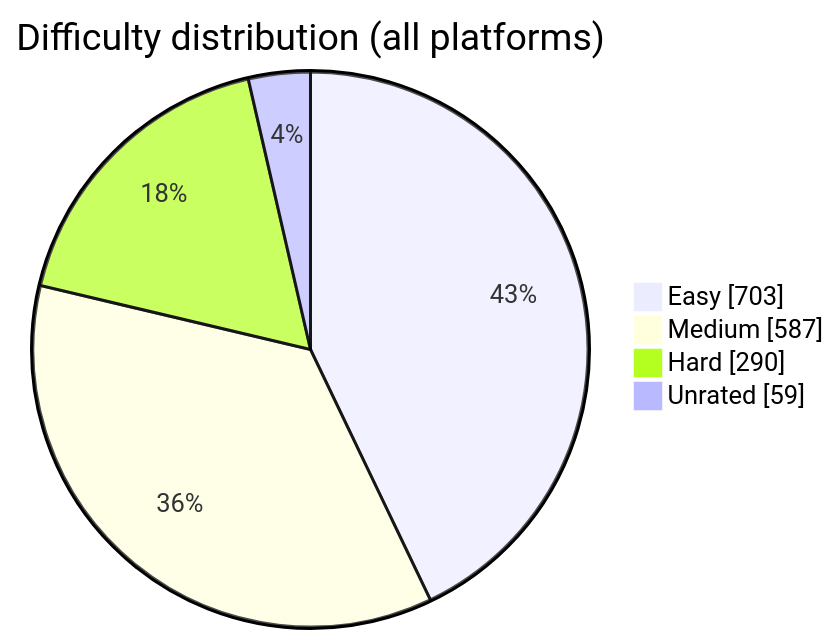
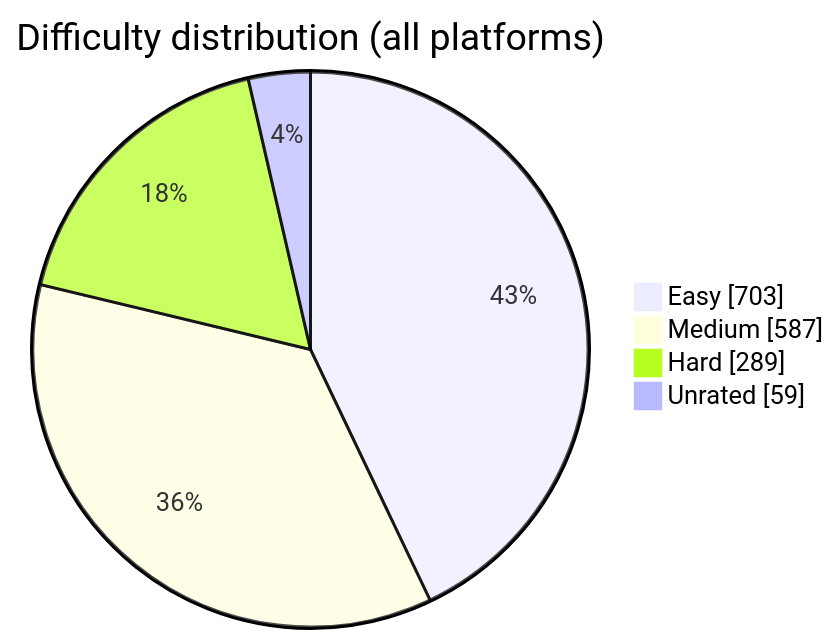
The diagram in README.md (BuildbyArindam/Daily-Coding-Log), drawn with Mermaid before and after one commit. The commit also changed other lines of this file, not shown here.

````diff
--- a/README.md
+++ b/README.md
@@ -93,7 +93,7 @@
 ```mermaid
 pie showData title Difficulty distribution (all platforms)
     "Easy" : 703
     "Medium" : 587
-    "Hard" : 290
+    "Hard" : 289
     "Unrated" : 59
 ```
````
